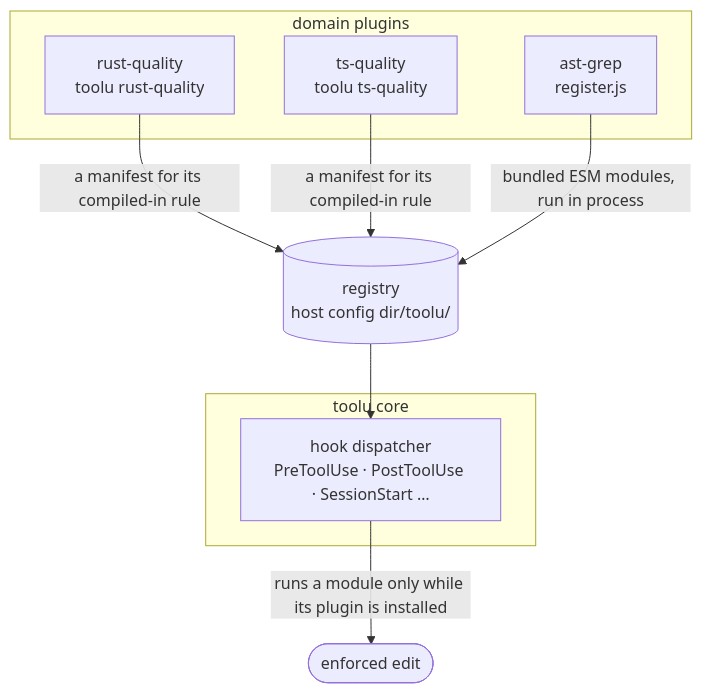
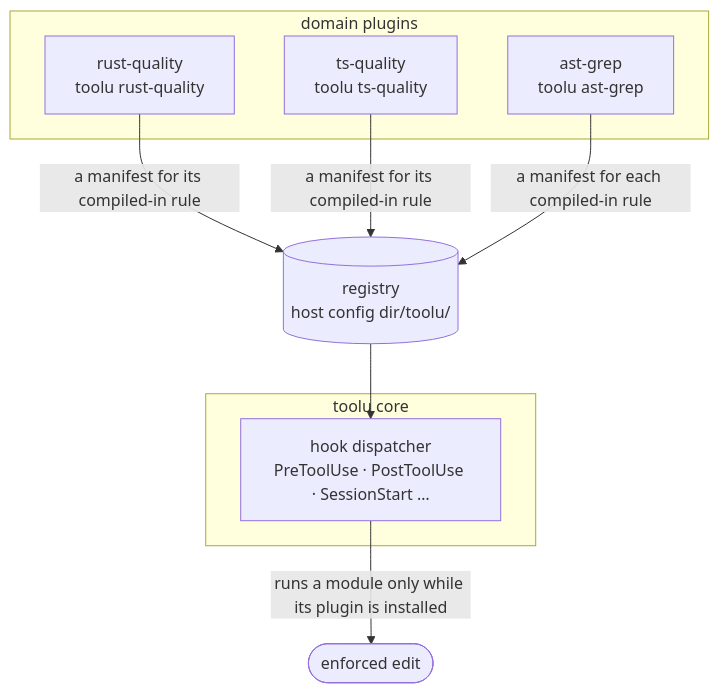
The second of 2 diagrams in README.md (Falconiere/toolu), drawn with Mermaid before and after one commit. The commit also changed other lines of this file and 997 other files, not shown here.

````diff
--- a/README.md
+++ b/README.md
@@ -234,16 +234,16 @@
 ```mermaid
 flowchart TD
     subgraph core["toolu core"]
         D["hook dispatcher<br/>PreToolUse · PostToolUse · SessionStart …"]
     end
     subgraph plugins["domain plugins"]
         RQ["rust-quality<br/>toolu rust-quality"]
         TQ["ts-quality<br/>toolu ts-quality"]
-        AG["ast-grep<br/>register.js"]
+        AG["ast-grep<br/>toolu ast-grep"]
     end
     RQ -- "a manifest for its compiled-in rule" --> R[("registry<br/>host config dir/toolu/")]
     TQ -- "a manifest for its compiled-in rule" --> R
-    AG -- "bundled ESM modules, run in process" --> R
+    AG -- "a manifest for each compiled-in rule" --> R
     R --> D
     D -- "runs a module only while its plugin is installed" --> OUT([enforced edit])
 ```
````
